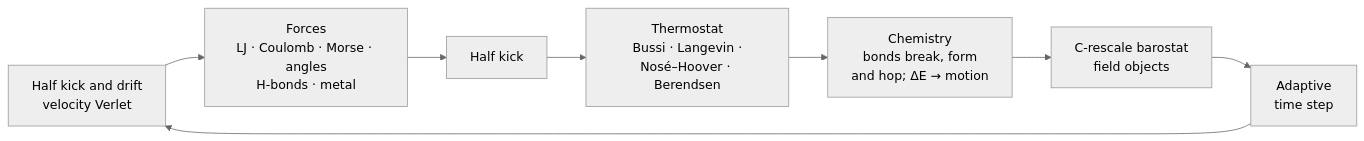
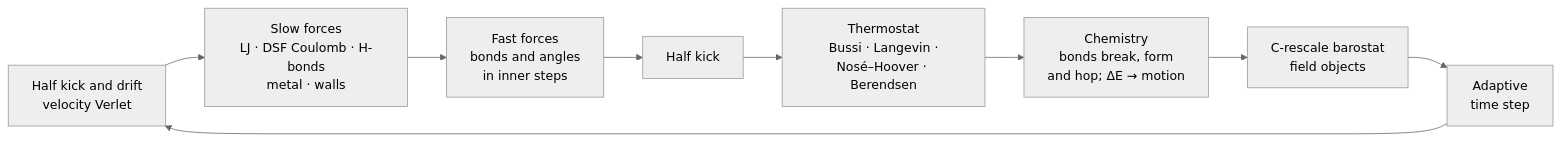
Before and after one commit to felixxxrrr8-afk/Atoms: the diagram in README.md, drawn with Mermaid (neutral theme). The commit also changed other lines of this file and 119 other files, not shown here.

````diff
--- a/README.md
+++ b/README.md
@@ -294,10 +384,11 @@
 ```mermaid
 flowchart LR
-    A["Half kick and drift<br>velocity Verlet"] --> B["Forces<br>LJ · Coulomb · Morse · angles<br>H-bonds · metal"]
-    B --> C["Half kick"]
+    A["Half kick and drift<br>velocity Verlet"] --> B["Slow forces<br>LJ · DSF Coulomb · H-bonds<br>metal · walls"]
+    B --> R["Fast forces<br>bonds and angles<br>in inner steps"]
+    R --> C["Half kick"]
     C --> D["Thermostat<br>Bussi · Langevin ·<br>Nosé–Hoover · Berendsen"]
     D --> E["Chemistry<br>bonds break, form<br>and hop; ΔE → motion"]
     E --> F["C-rescale barostat<br>field objects"]
     F --> G["Adaptive<br>time step"]
     G --> A
 ```
````
